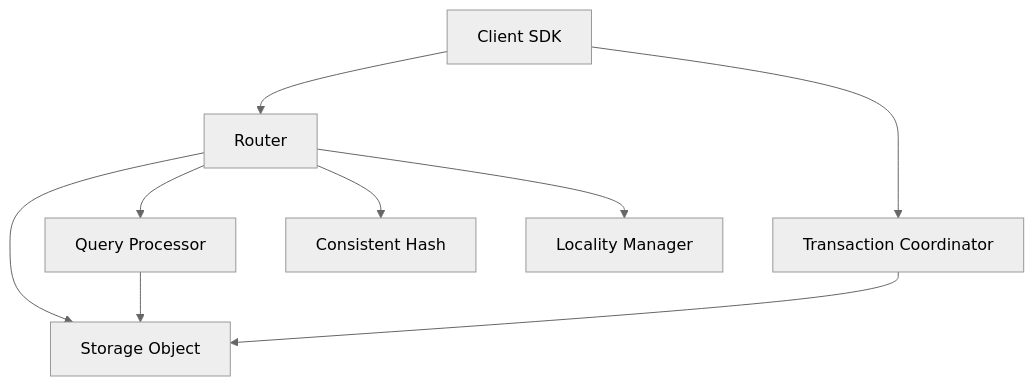
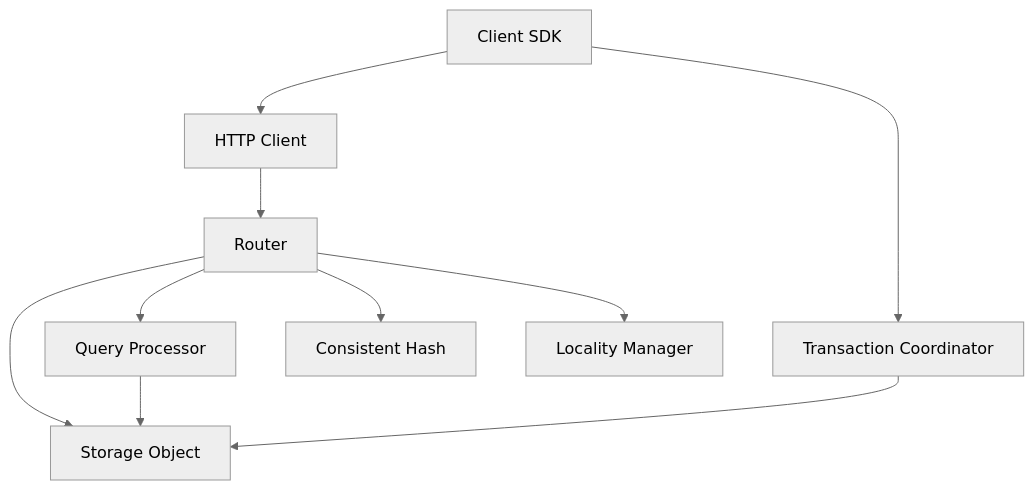
The diagram in PROJECT_MAP.md (bdleasure/impossibledb), drawn with Mermaid (neutral theme) before and after one commit. The commit also changed other lines of this file and 2 other files, not shown here.

Commit message:
Update documentation to reflect HttpClient implementation
This commit updates the project documentation to reflect the recent implementation of:
- HttpClient for API communication
- Updated roadmap to mark HTTP client as completed
- Updated project map to include HttpClient in the architecture
- Revised contribution guidelines to focus on next priorities

````diff
--- a/PROJECT_MAP.md
+++ b/PROJECT_MAP.md
@@ -75,11 +76,12 @@
 ```mermaid
 graph TD
-    Client[Client SDK] --> Router[Router]
+    Client[Client SDK] --> HttpClient[HTTP Client]
+    HttpClient --> Router[Router]
     Router --> StorageObject[Storage Object]
     Router --> QueryProcessor[Query Processor]
     QueryProcessor --> StorageObject
     Client --> TransactionCoordinator[Transaction Coordinator]
     TransactionCoordinator --> StorageObject
     Router --> ConsistentHash[Consistent Hash]
     Router --> LocalityManager[Locality Manager]
 ```
````
